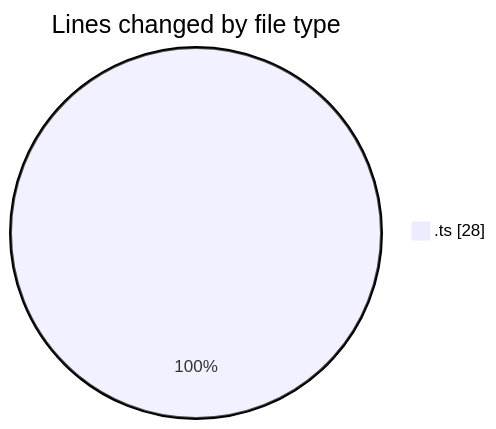
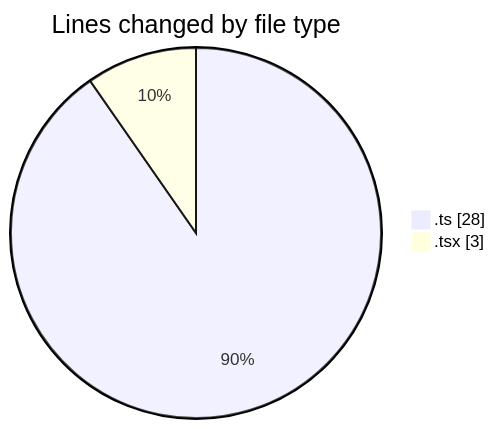
Before and after one commit to julien-gomy/code-tracking: the first of 2 diagrams in 2025-10-22/eventscop-frontend-guide__workspace_/README.md, drawn with Mermaid. The commit also changed other lines of this file and 1 other file, not shown here.

````diff
--- a/2025-10-22/eventscop-frontend-guide__workspace_/README.md
+++ b/2025-10-22/eventscop-frontend-guide__workspace_/README.md
@@ -21,5 +22,6 @@
 ```mermaid
 pie showData
 title Lines changed by file type
 ".ts" : 28
+".tsx" : 3
 ```
````
